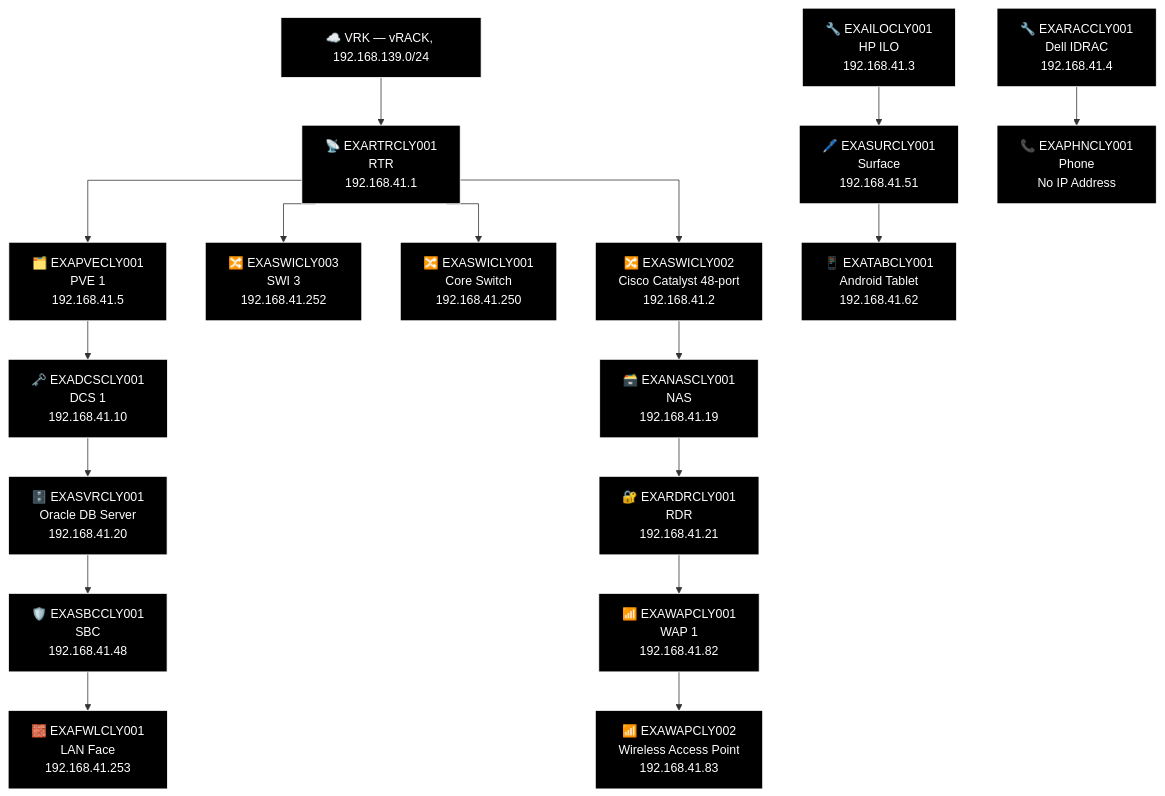
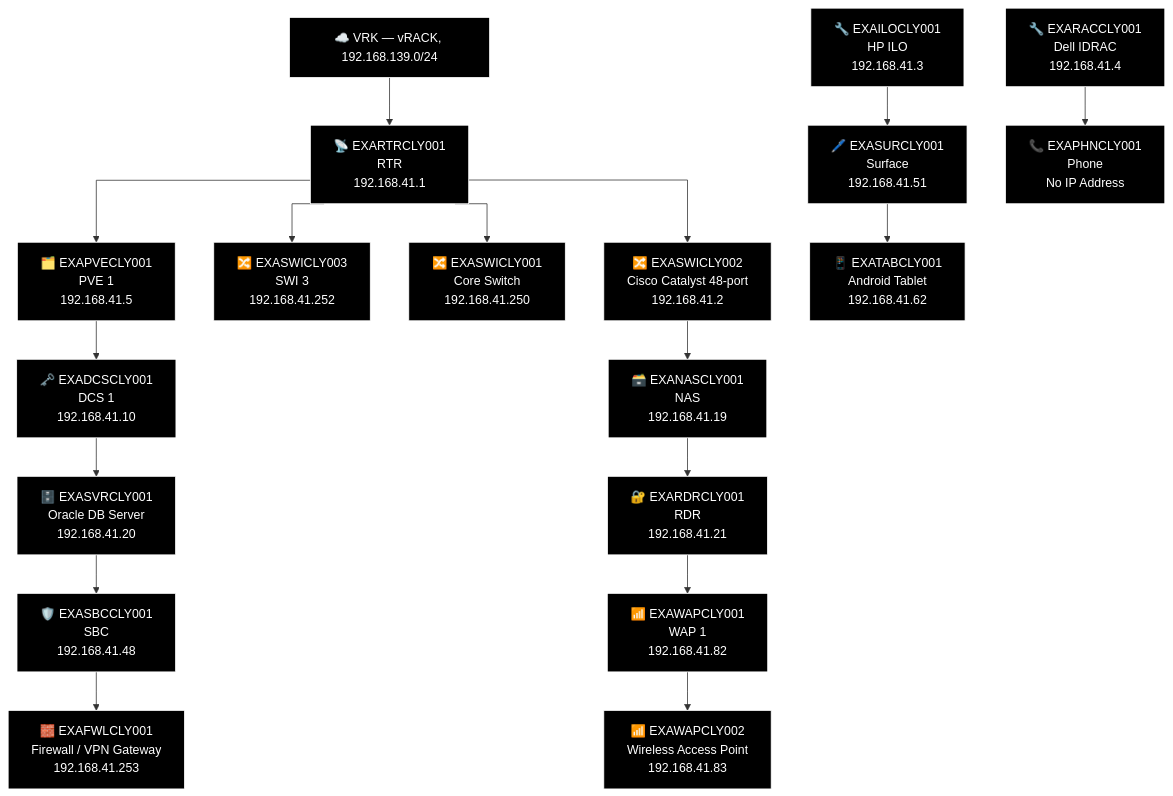
Diagram 12 of 21 in docs/network-diagram/scotland.md (knightmare2600/example_music_infra), drawn with Mermaid before and after one commit. The commit also changed other lines of this file and 19 other files, not shown here.

````diff
--- a/docs/network-diagram/scotland.md
+++ b/docs/network-diagram/scotland.md
@@ -721,53 +721,53 @@
 ```mermaid
 %% GENERATED:TOPOLOGY:CLY:START
 %%{init: {'flowchart': {'curve': 'stepAfter'}}}%%
 graph TD
     T_VRK["☁️ VRK — vRACK, 192.168.139.0/24"]
     T_RTR["📡 EXARTRCLY001<br/>RTR<br/>192.168.41.1"]
     T_VRK --> T_RTR
     T_PVE["🗂️ EXAPVECLY001<br/>PVE 1<br/>192.168.41.5"]
     T_RTR --> T_PVE
     T_SWI["🔀 EXASWICLY003<br/>SWI 3<br/>192.168.41.252"]
     T_RTR --> T_SWI
     T_SWI2["🔀 EXASWICLY001<br/>Core Switch<br/>192.168.41.250"]
     T_RTR --> T_SWI2
     T_SWI3["🔀 EXASWICLY002<br/>Cisco Catalyst 48-port<br/>192.168.41.2"]
     T_RTR --> T_SWI3
     T_NAS["🗃️ EXANASCLY001<br/>NAS<br/>192.168.41.19"]
     T_RDR["🔐 EXARDRCLY001<br/>RDR<br/>192.168.41.21"]
     T_WAP["📶 EXAWAPCLY001<br/>WAP 1<br/>192.168.41.82"]
     T_WAP2["📶 EXAWAPCLY002<br/>Wireless Access Point<br/>192.168.41.83"]
     T_SWI3 --> T_NAS --> T_RDR --> T_WAP --> T_WAP2
     T_DCS["🗝️ EXADCSCLY001<br/>DCS 1<br/>192.168.41.10"]
     T_SVR["🗄️ EXASVRCLY001<br/>Oracle DB Server<br/>192.168.41.20"]
     T_SBC["🛡️ EXASBCCLY001<br/>SBC<br/>192.168.41.48"]
-    T_FWL["🧱 EXAFWLCLY001<br/>LAN Face<br/>192.168.41.253"]
+    T_FWL["🧱 EXAFWLCLY001<br/>Firewall / VPN Gateway<br/>192.168.41.253"]
     T_PVE --> T_DCS --> T_SVR --> T_SBC --> T_FWL
     T_ILO["🔧 EXAILOCLY001<br/>HP ILO<br/>192.168.41.3"]
     T_RAC["🔧 EXARACCLY001<br/>Dell IDRAC<br/>192.168.41.4"]
     T_SUR["🖊️ EXASURCLY001<br/>Surface<br/>192.168.41.51"]
     T_PHN["📞 EXAPHNCLY001<br/>Phone<br/>No IP Address"]
     T_TAB["📱 EXATABCLY001<br/>Android Tablet<br/>192.168.41.62"]
     T_ILO --> T_SUR --> T_TAB
     T_RAC --> T_PHN
     style T_VRK fill:#000000,stroke:#FFFFFF,color:#FFFFFF
     style T_RTR fill:#000000,stroke:#FFFFFF,color:#FFFFFF
     style T_PVE fill:#000000,stroke:#FFFFFF,color:#FFFFFF
     style T_SWI fill:#000000,stroke:#FFFFFF,color:#FFFFFF
     style T_SWI2 fill:#000000,stroke:#FFFFFF,color:#FFFFFF
     style T_SWI3 fill:#000000,stroke:#FFFFFF,color:#FFFFFF
     style T_NAS fill:#000000,stroke:#FFFFFF,color:#FFFFFF
     style T_RDR fill:#000000,stroke:#FFFFFF,color:#FFFFFF
     style T_WAP fill:#000000,stroke:#FFFFFF,color:#FFFFFF
     style T_WAP2 fill:#000000,stroke:#FFFFFF,color:#FFFFFF
     style T_DCS fill:#000000,stroke:#FFFFFF,color:#FFFFFF
     style T_SVR fill:#000000,stroke:#FFFFFF,color:#FFFFFF
     style T_SBC fill:#000000,stroke:#FFFFFF,color:#FFFFFF
     style T_FWL fill:#000000,stroke:#FFFFFF,color:#FFFFFF
     style T_ILO fill:#000000,stroke:#FFFFFF,color:#FFFFFF
     style T_RAC fill:#000000,stroke:#FFFFFF,color:#FFFFFF
     style T_SUR fill:#000000,stroke:#FFFFFF,color:#FFFFFF
     style T_PHN fill:#000000,stroke:#FFFFFF,color:#FFFFFF
     style T_TAB fill:#000000,stroke:#FFFFFF,color:#FFFFFF
 %% GENERATED:TOPOLOGY:CLY:END
 ```
````
